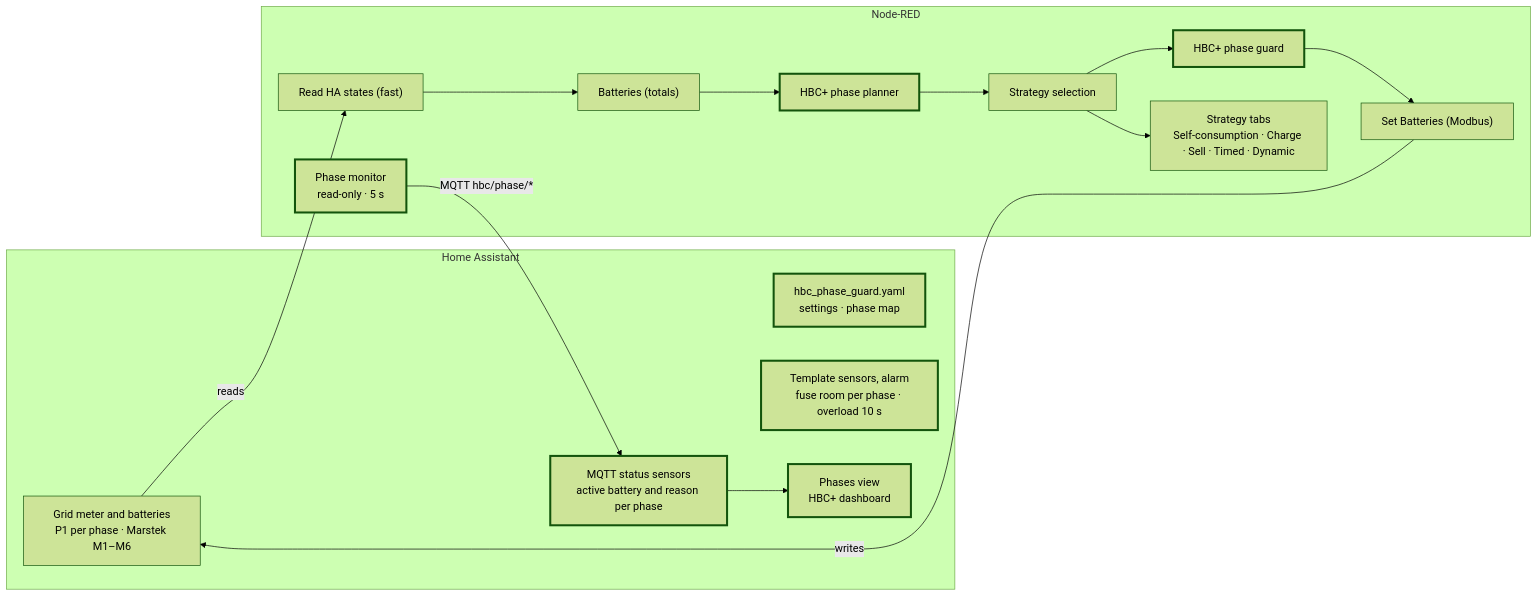
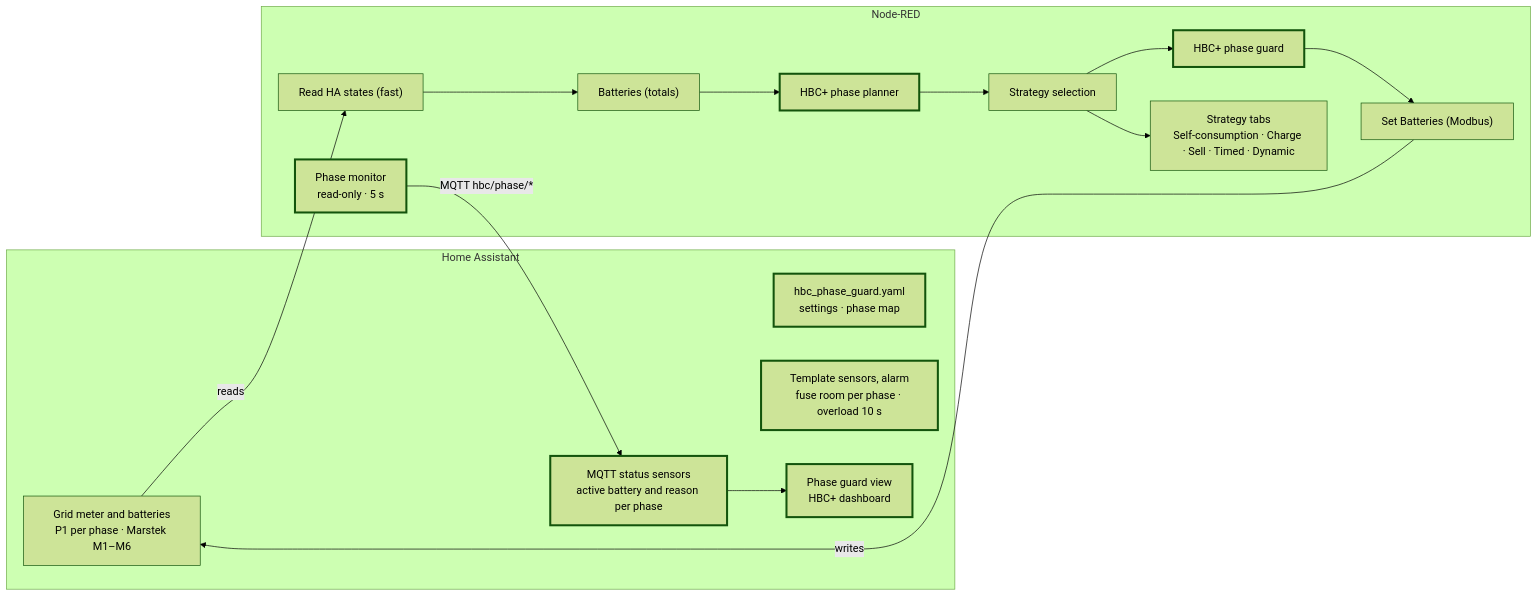
The diagram in docs/user-guide.en.md (CodeRubbere/HASS-HBC-Plus), drawn with Mermaid (forest theme) before and after one commit. The commit also changed other lines of this file and 24 other files, not shown here.

````diff
--- a/docs/user-guide.en.md
+++ b/docs/user-guide.en.md
@@ -45,20 +45,20 @@
 ```mermaid
 flowchart LR
   subgraph HA["Home Assistant"]
     M["Grid meter and batteries<br/>P1 per phase · Marstek M1–M6"]
     P["hbc_phase_guard.yaml<br/>settings · phase map"]:::new
     T["Template sensors, alarm<br/>fuse room per phase · overload 10 s"]:::new
     Q["MQTT status sensors<br/>active battery and reason per phase"]:::new
-    D["Phases view<br/>HBC+ dashboard"]:::new
+    D["Phase guard view<br/>HBC+ dashboard"]:::new
     Q --> D
   end
   subgraph NR["Node-RED"]
     R["Read HA states (fast)"] --> B["Batteries (totals)"] --> PL["HBC+ phase planner"]:::new --> S["Strategy selection"] --> G["HBC+ phase guard"]:::new --> W["Set Batteries (Modbus)"]
     S --> ST["Strategy tabs<br/>Self-consumption · Charge · Sell · Timed · Dynamic"]
     PM["Phase monitor<br/>read-only · 5 s"]:::new
   end
   M -- reads --> R
   W -- writes --> M
   PM -- "MQTT hbc/phase/*" --> Q
   classDef new stroke-width:3px
 ```
````
